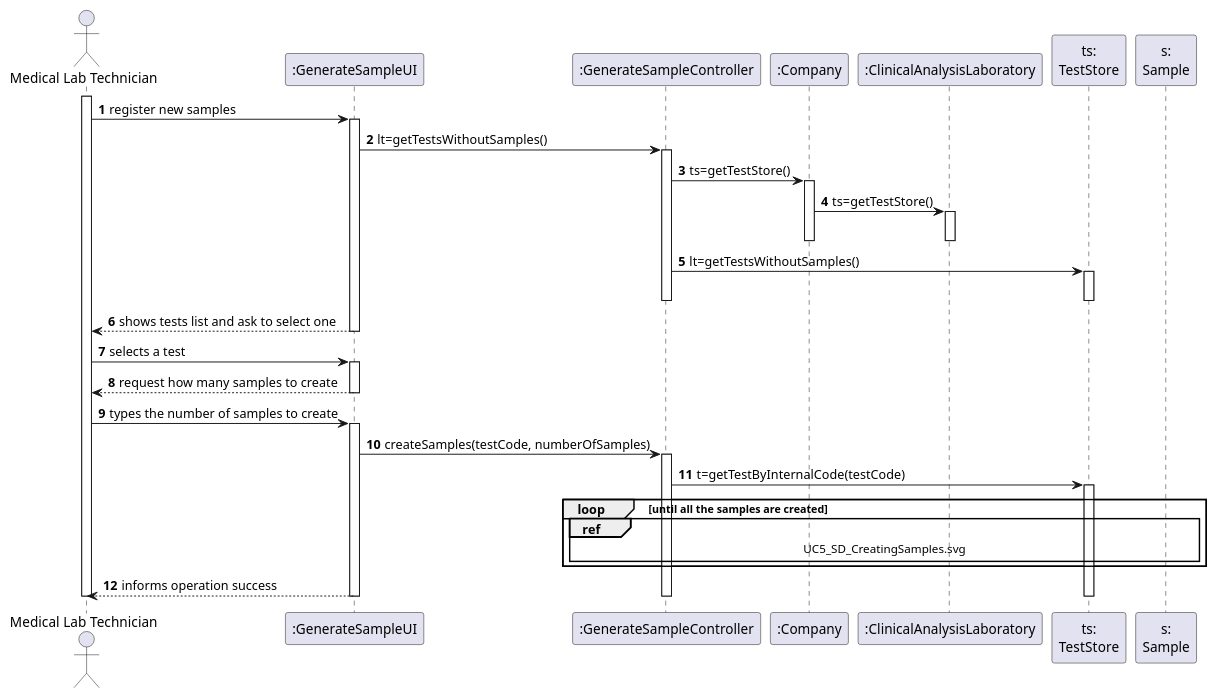
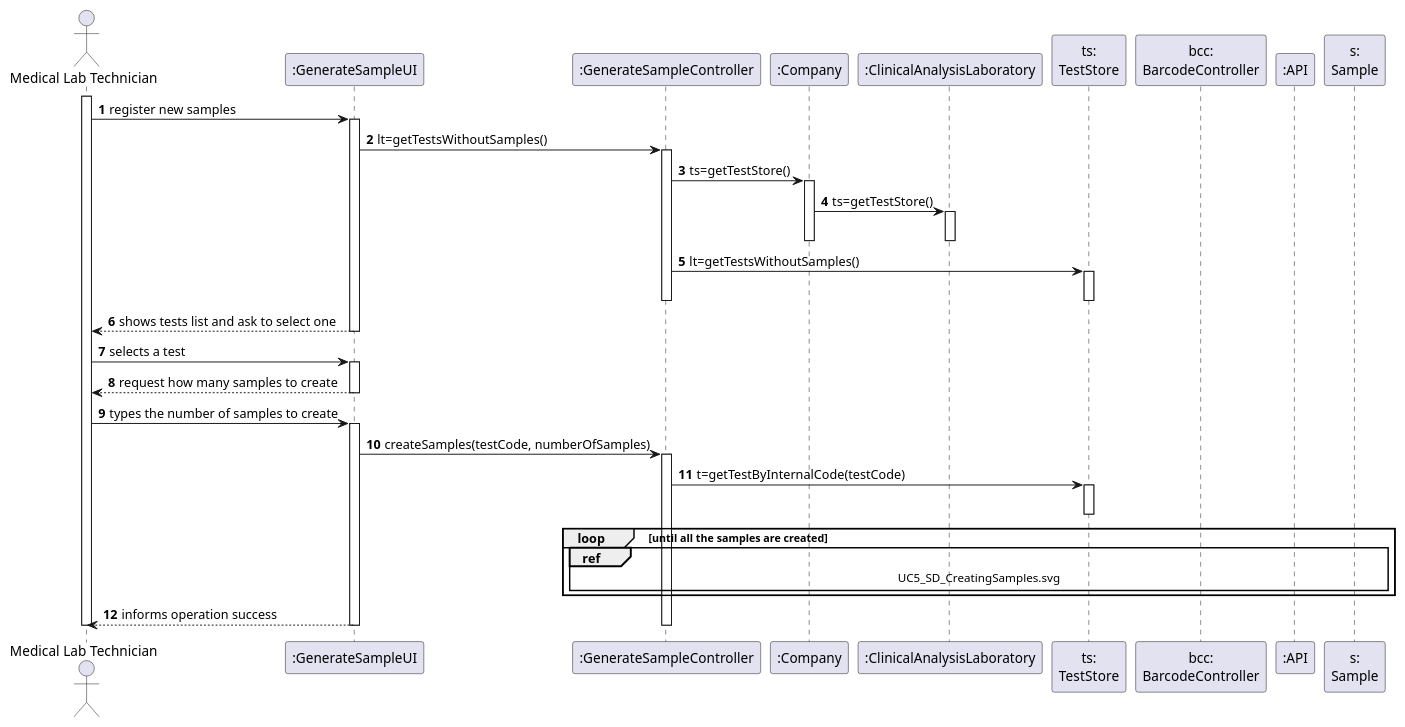
The diagram in docs/SprintC/US_5/UC5_SD.puml (RuiRioPina/LAPR2-20-21), drawn with PlantUML before and after one commit. The commit also changed 2 other files, not shown here.

```diff
--- a/docs/SprintC/US_5/UC5_SD.puml
+++ b/docs/SprintC/US_5/UC5_SD.puml
@@ -1,49 +1,51 @@
 @startuml
 autonumber
 actor "Medical Lab Technician" as MEDLT
 
 participant ":GenerateSampleUI" as UI
 participant ":GenerateSampleController" as CTRL
 participant ":Company" as CMP
 participant ":ClinicalAnalysisLaboratory" as LAB
 participant "ts:\nTestStore" as TS
+participant "bcc:\nBarcodeController" as BCC
+participant ":API" as API
 participant "s:\nSample" as S
 
 activate MEDLT
 MEDLT -> UI : register new samples
 activate UI
 UI -> CTRL : lt=getTestsWithoutSamples()
 activate CTRL
 CTRL -> CMP : ts=getTestStore()
 activate CMP
 CMP -> LAB : ts=getTestStore()
 activate LAB
 deactivate LAB
 deactivate CMP
 CTRL -> TS : lt=getTestsWithoutSamples()
 activate TS
 deactivate TS
 deactivate CTRL
 UI --> MEDLT : shows tests list and ask to select one
 deactivate UI
 
 MEDLT -> UI : selects a test
 activate UI
 UI --> MEDLT : request how many samples to create
 deactivate UI
 
 MEDLT -> UI : types the number of samples to create
 activate UI
 UI -> CTRL : createSamples(testCode, numberOfSamples)
 activate CTRL
 CTRL -> TS : t=getTestByInternalCode(testCode)
 activate TS
+deactivate TS
 loop until all the samples are created
-    ref over CTRL, TS , S: UC5_SD_CreatingSamples.svg
+    ref over CTRL, TS , S, BCC, API: UC5_SD_CreatingSamples.svg
 end loop
 UI --> MEDLT : informs operation success
-deactivate TS
 deactivate CTRL
 deactivate UI
 deactivate MEDLT
 @enduml
```
